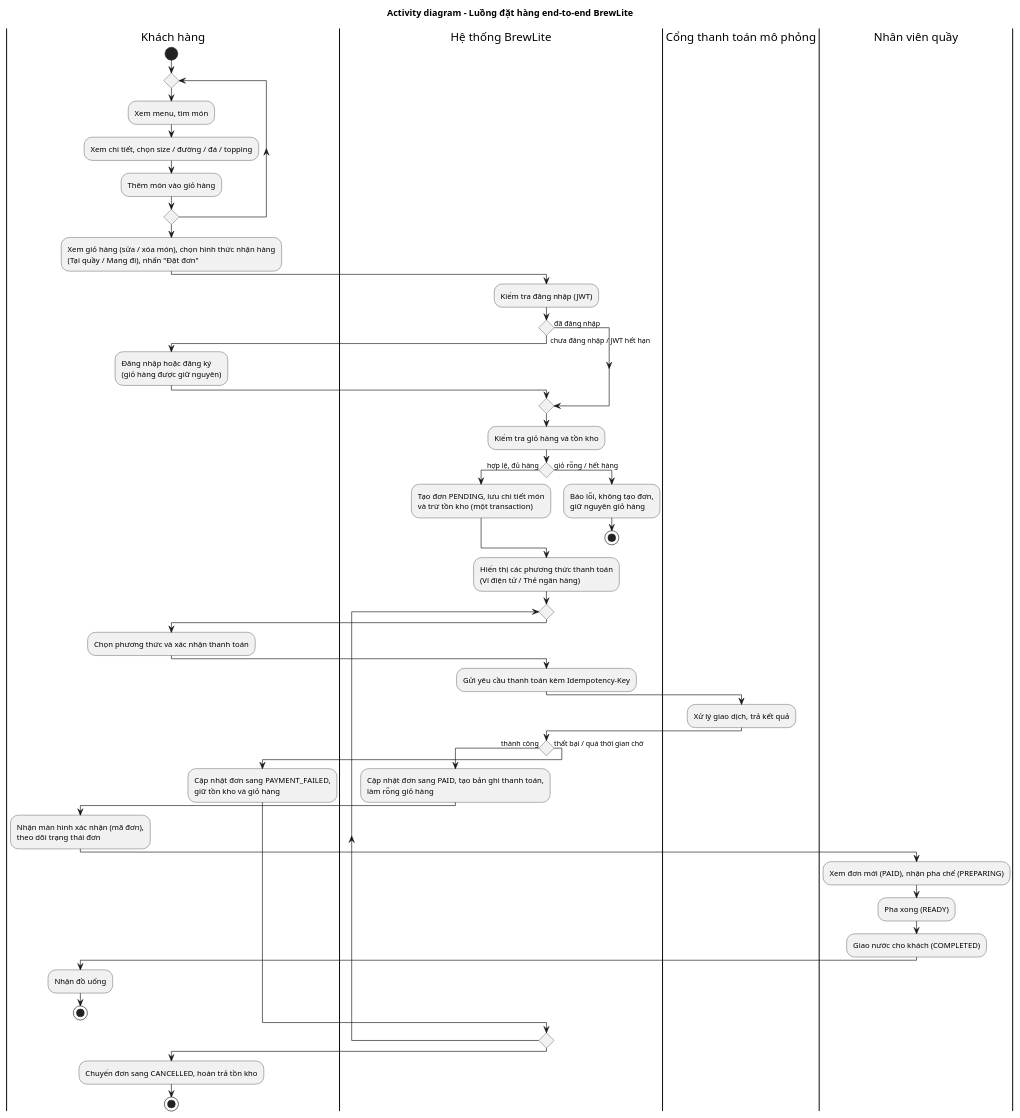
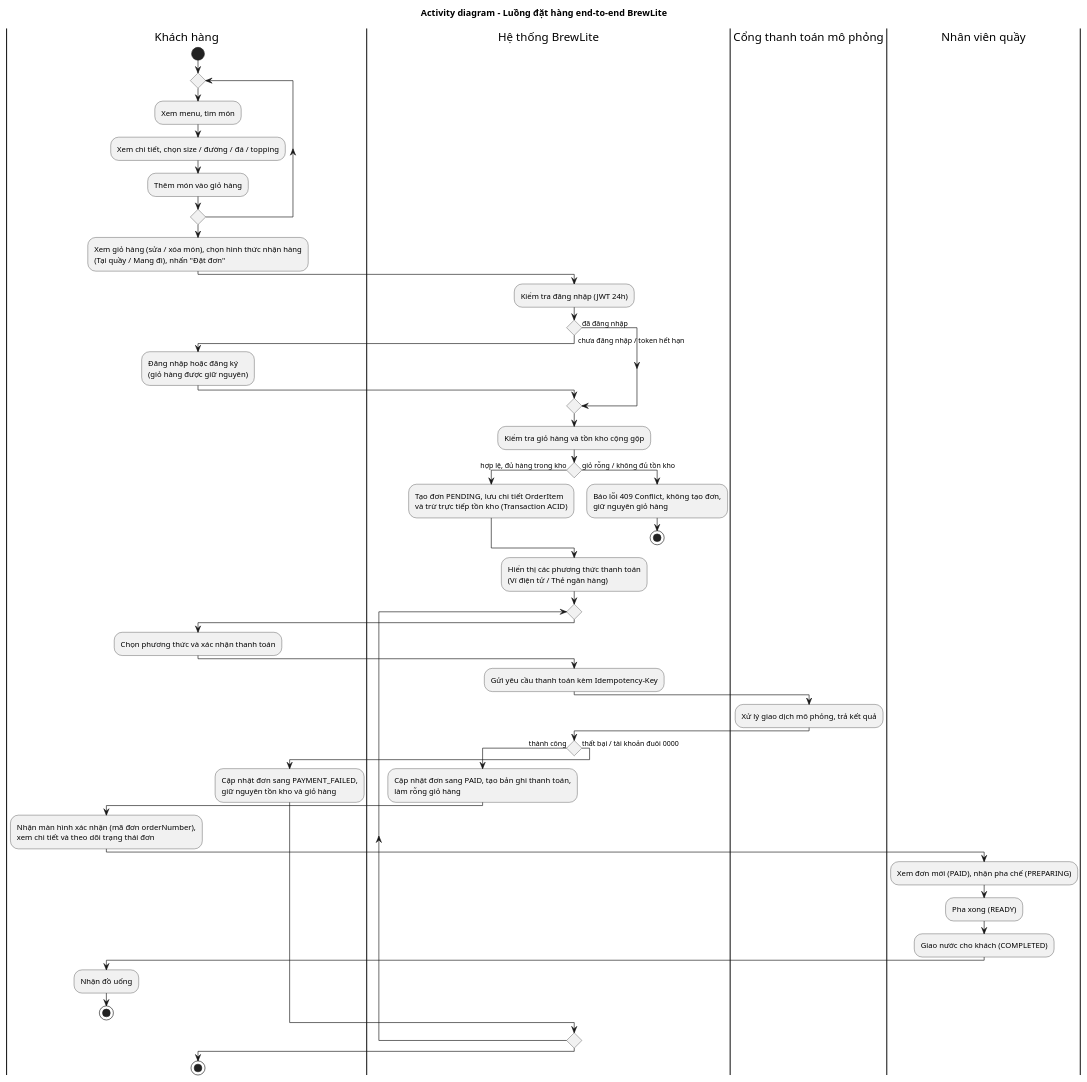
Before and after one commit to Thori2724/BrewLite-CNPM-nh-m-12: the diagram in docs/diagrams/activity-diagram.puml, drawn with PlantUML. The commit also changed 9 other files, not shown here.

```diff
--- a/docs/diagrams/activity-diagram.puml
+++ b/docs/diagrams/activity-diagram.puml
@@ -1,59 +1,59 @@
 @startuml
 title Activity diagram - Luồng đặt hàng end-to-end BrewLite
 skinparam shadowing false
 skinparam conditionStyle diamond
 
 |Khách hàng|
 start
 repeat
   :Xem menu, tìm món;
   :Xem chi tiết, chọn size / đường / đá / topping;
   :Thêm món vào giỏ hàng;
 repeat while () is (thêm món khác) not (xong)
 :Xem giỏ hàng (sửa / xóa món), chọn hình thức nhận hàng\n(Tại quầy / Mang đi), nhấn "Đặt đơn";
 
 |Hệ thống BrewLite|
-:Kiểm tra đăng nhập (JWT);
-if () then (chưa đăng nhập / JWT hết hạn)
+:Kiểm tra đăng nhập (JWT 24h);
+if () then (chưa đăng nhập / token hết hạn)
   |Khách hàng|
   :Đăng nhập hoặc đăng ký\n(giỏ hàng được giữ nguyên);
   |Hệ thống BrewLite|
 else (đã đăng nhập)
 endif
 
-:Kiểm tra giỏ hàng và tồn kho;
-if () then (hợp lệ, đủ hàng)
-  :Tạo đơn PENDING, lưu chi tiết món\nvà trừ tồn kho (một transaction);
-else (giỏ rỗng / hết hàng)
-  :Báo lỗi, không tạo đơn,\ngiữ nguyên giỏ hàng;
+:Kiểm tra giỏ hàng và tồn kho cộng gộp;
+if () then (hợp lệ, đủ hàng trong kho)
+  :Tạo đơn PENDING, lưu chi tiết OrderItem\nvà trừ trực tiếp tồn kho (Transaction ACID);
+else (giỏ rỗng / không đủ tồn kho)
+  :Báo lỗi 409 Conflict, không tạo đơn,\ngiữ nguyên giỏ hàng;
   stop
 endif
 
 :Hiển thị các phương thức thanh toán\n(Ví điện tử / Thẻ ngân hàng);
 
 repeat
   |Khách hàng|
   :Chọn phương thức và xác nhận thanh toán;
   |Hệ thống BrewLite|
   :Gửi yêu cầu thanh toán kèm Idempotency-Key;
   |Cổng thanh toán mô phỏng|
-  :Xử lý giao dịch, trả kết quả;
+  :Xử lý giao dịch mô phỏng, trả kết quả;
   |Hệ thống BrewLite|
   if () then (thành công)
     :Cập nhật đơn sang PAID, tạo bản ghi thanh toán,\nlàm rỗng giỏ hàng;
     |Khách hàng|
-    :Nhận màn hình xác nhận (mã đơn),\ntheo dõi trạng thái đơn;
+    :Nhận màn hình xác nhận (mã đơn orderNumber),\nxem chi tiết và theo dõi trạng thái đơn;
     |Nhân viên quầy|
     :Xem đơn mới (PAID), nhận pha chế (PREPARING);
     :Pha xong (READY);
     :Giao nước cho khách (COMPLETED);
     |Khách hàng|
     :Nhận đồ uống;
     stop
-  else (thất bại / quá thời gian chờ)
-    :Cập nhật đơn sang PAYMENT_FAILED,\ngiữ tồn kho và giỏ hàng;
+  else (thất bại / tài khoản đuôi 0000)
+    :Cập nhật đơn sang PAYMENT_FAILED,\ngiữ nguyên tồn kho và giỏ hàng;
+    |Khách hàng|
   endif
-repeat while () is (khách thử lại trong 15 phút) not (quá 15 phút / bỏ đi)
-:Chuyển đơn sang CANCELLED, hoàn trả tồn kho;
+repeat while () is (khách bấm "Thử lại thanh toán"\nvới Idempotency-Key mới) not (rời đi / đóng trình duyệt)
 stop
 @enduml
```
